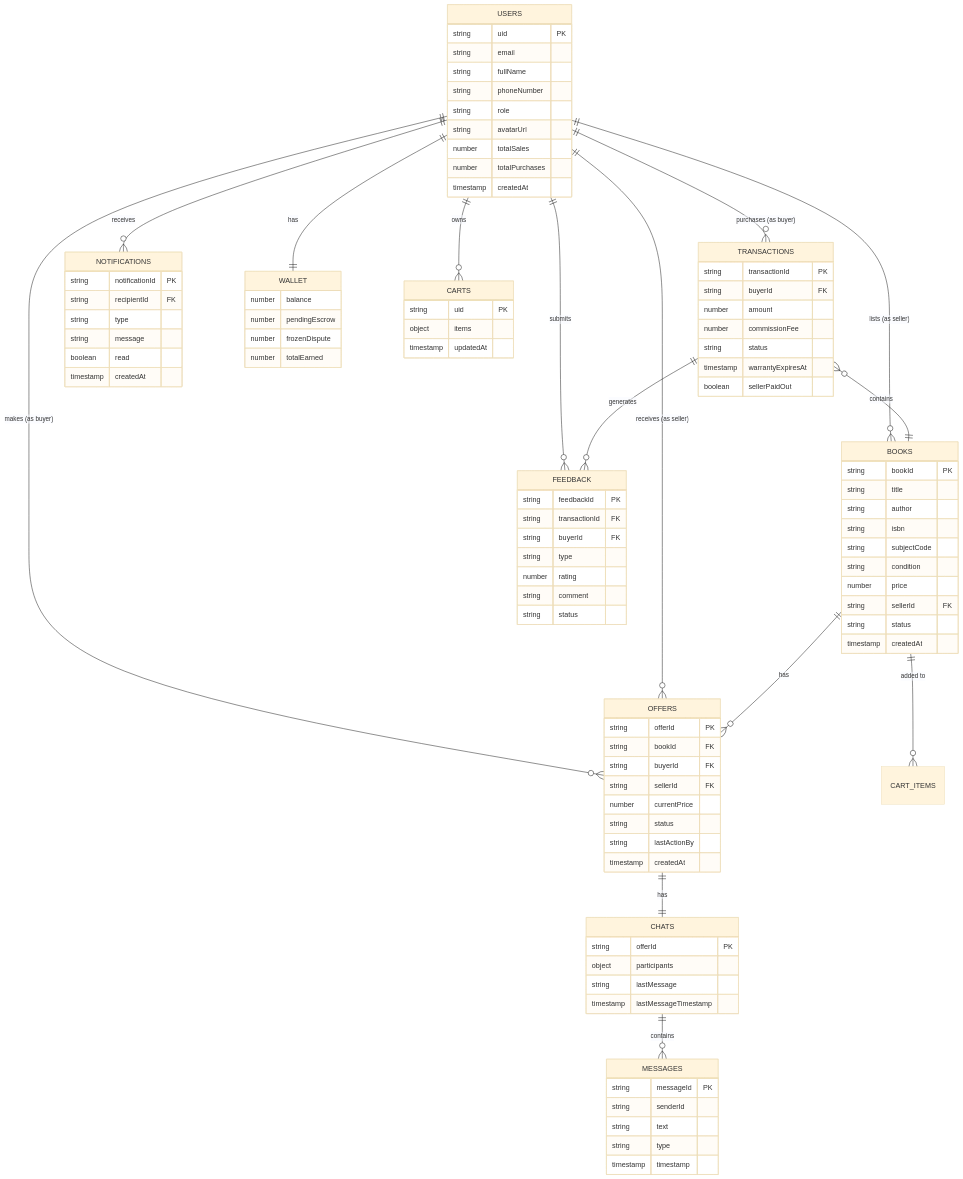
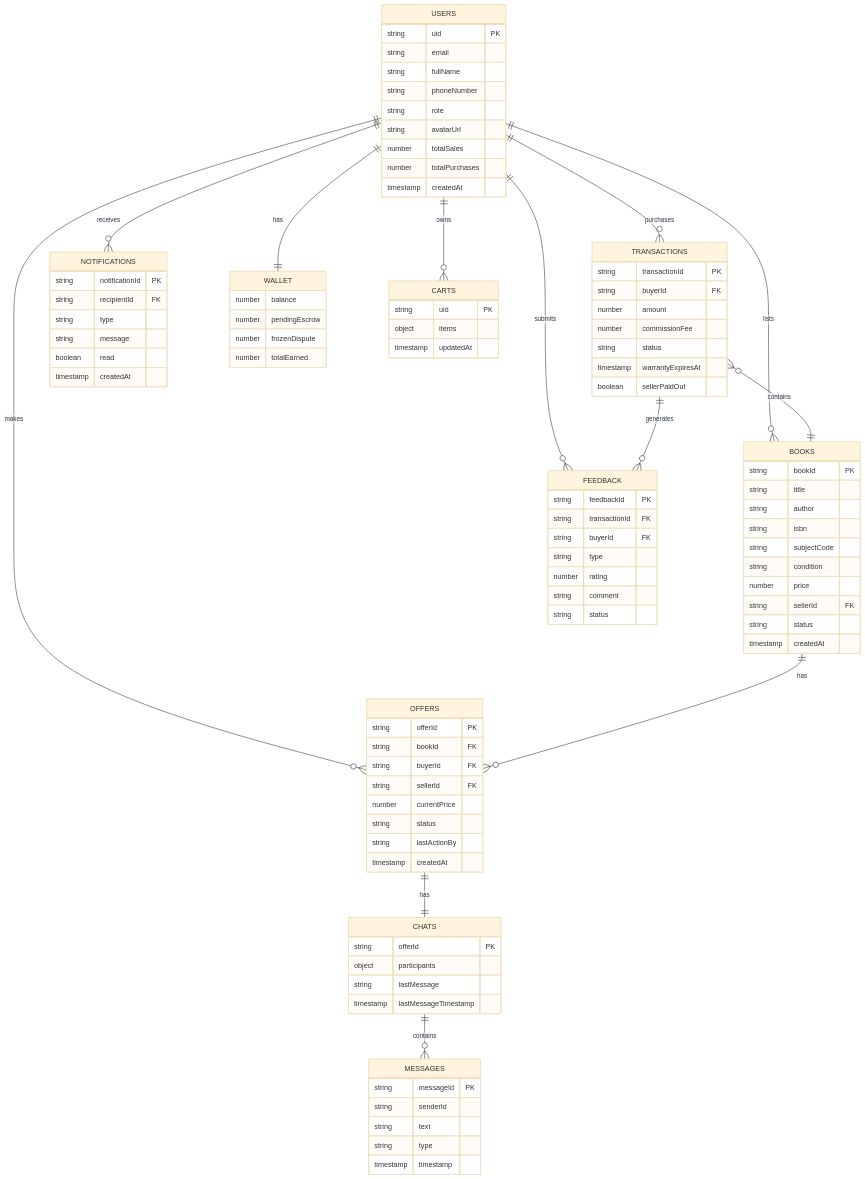
The sixth of 6 diagrams in README.md (qieyl345/Web-Based_Book_E-Marketplace_with_Data_Visualization_for_Uitm), drawn with Mermaid (base theme) before and after one commit. The commit also changed 1 other file, not shown here.

Commit message:
feat: Add project design documentation (UCD, flowchart, ERD) and refine the existing ERD in the README.

````diff
--- a/README.md
+++ b/README.md
@@ -850,22 +850,20 @@
 ```mermaid
 erDiagram
-    USERS ||--o{ BOOKS : "lists (as seller)"
-    USERS ||--o{ TRANSACTIONS : "purchases (as buyer)"
-    USERS ||--o{ OFFERS : "makes (as buyer)"
-    USERS ||--o{ OFFERS : "receives (as seller)"
-    USERS ||--o{ NOTIFICATIONS : "receives"
-    USERS ||--o{ FEEDBACK : "submits"
-    USERS ||--|| WALLET : "has"
-    USERS ||--o{ CARTS : "owns"
+    USERS ||--o{ BOOKS : lists
+    USERS ||--o{ TRANSACTIONS : purchases
+    USERS ||--o{ OFFERS : makes
+    USERS ||--o{ NOTIFICATIONS : receives
+    USERS ||--o{ FEEDBACK : submits
+    USERS ||--|| WALLET : has
+    USERS ||--o{ CARTS : owns
     
-    BOOKS ||--o{ OFFERS : "has"
-    BOOKS ||--o{ CART_ITEMS : "added to"
+    BOOKS ||--o{ OFFERS : has
     
-    OFFERS ||--|| CHATS : "has"
-    CHATS ||--o{ MESSAGES : "contains"
+    OFFERS ||--|| CHATS : has
+    CHATS ||--o{ MESSAGES : contains
     
-    TRANSACTIONS ||--o{ FEEDBACK : "generates"
-    TRANSACTIONS }o--|| BOOKS : "contains"
+    TRANSACTIONS ||--o{ FEEDBACK : generates
+    TRANSACTIONS }o--|| BOOKS : contains
 
     USERS {
         string uid PK
````
